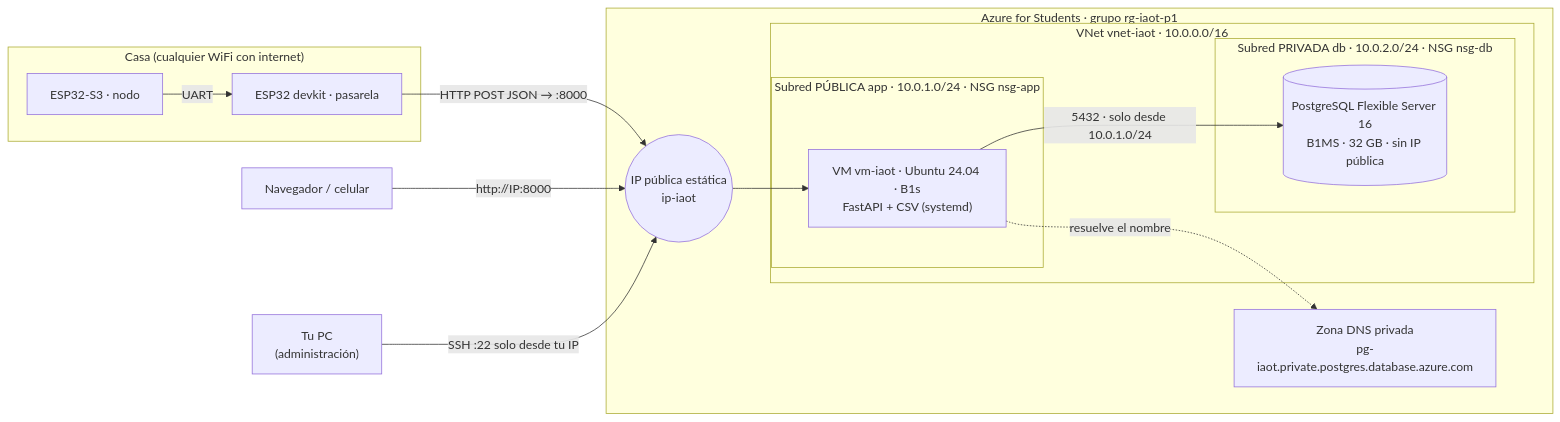
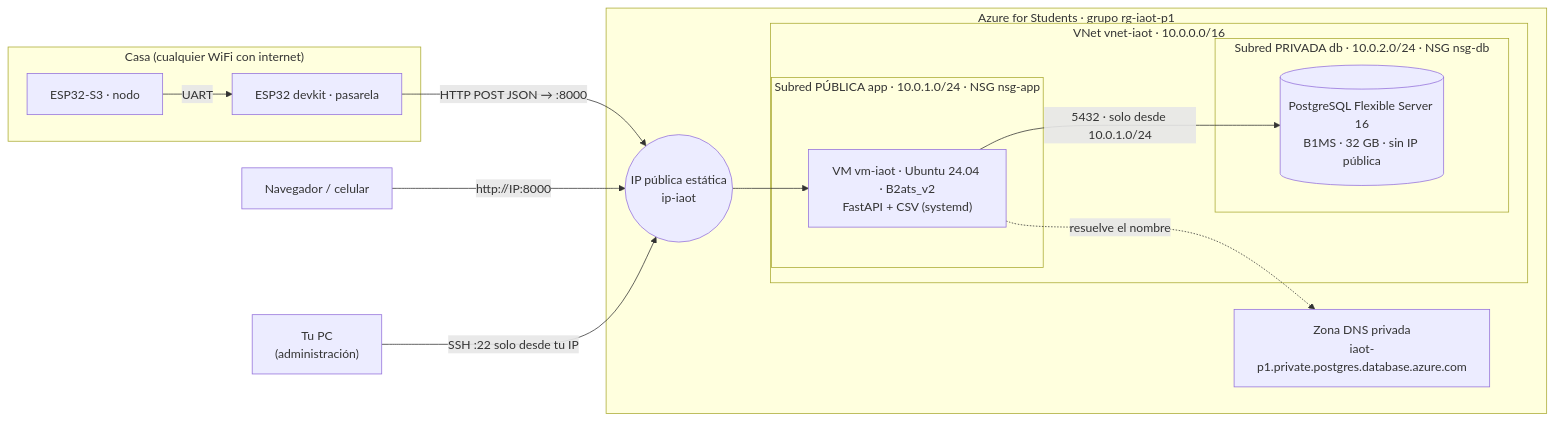
Before and after one commit to JCMelendezT/IAoT: the second of 3 diagrams in practica-1/arquitectura.md, drawn with Mermaid. The commit also changed 7 other files, not shown here.

````diff
--- a/practica-1/arquitectura.md
+++ b/practica-1/arquitectura.md
@@ -54,28 +54,28 @@
 ```mermaid
 flowchart LR
     subgraph casa["Casa (cualquier WiFi con internet)"]
         s3["ESP32-S3 · nodo"] -- "UART" --> dk["ESP32 devkit · pasarela"]
     end
     nav["Navegador / celular"]
     yo["Tu PC<br/>(administración)"]
 
     subgraph azure["Azure for Students · grupo rg-iaot-p1"]
         ip(("IP pública estática<br/>ip-iaot"))
         subgraph vnet["VNet vnet-iaot · 10.0.0.0/16"]
             subgraph app["Subred PÚBLICA app · 10.0.1.0/24 · NSG nsg-app"]
-                vm["VM vm-iaot · Ubuntu 24.04 · B1s<br/>FastAPI + CSV (systemd)"]
+                vm["VM vm-iaot · Ubuntu 24.04 · B2ats_v2<br/>FastAPI + CSV (systemd)"]
             end
             subgraph db["Subred PRIVADA db · 10.0.2.0/24 · NSG nsg-db"]
                 pgf[("PostgreSQL Flexible Server 16<br/>B1MS · 32 GB · sin IP pública")]
             end
         end
-        dns["Zona DNS privada<br/>pg-iaot.private.postgres.database.azure.com"]
+        dns["Zona DNS privada<br/>iaot-p1.private.postgres.database.azure.com"]
     end
 
     dk -- "HTTP POST JSON → :8000" --> ip
     nav -- "http://IP:8000" --> ip
     yo -- "SSH :22 solo desde tu IP" --> ip
     ip --> vm
     vm -- "5432 · solo desde 10.0.1.0/24" --> pgf
     vm -. "resuelve el nombre" .-> dns
 ```
````
